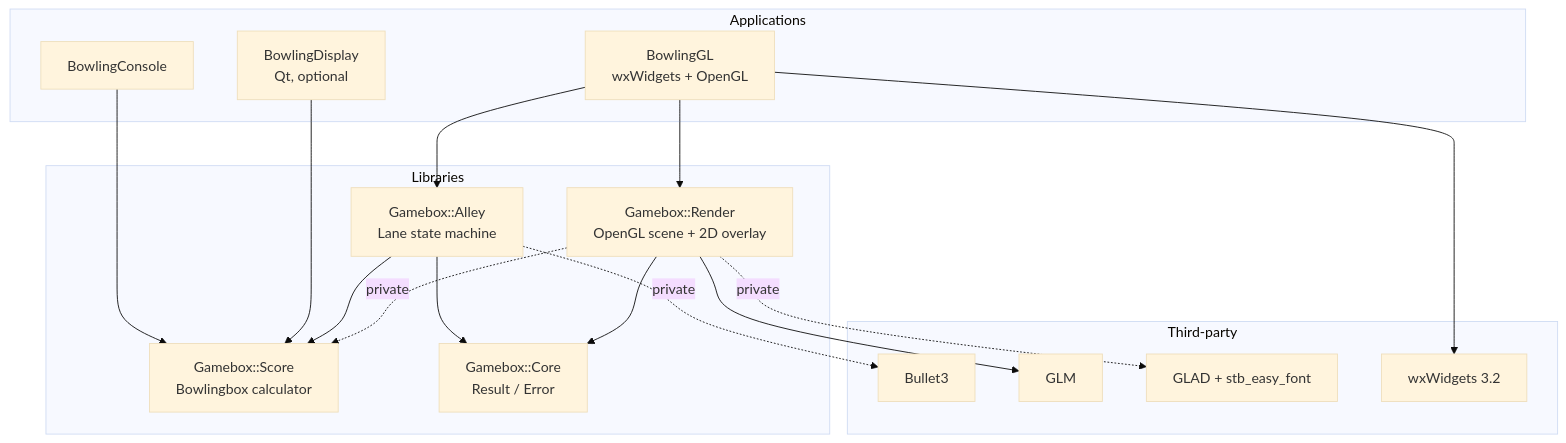
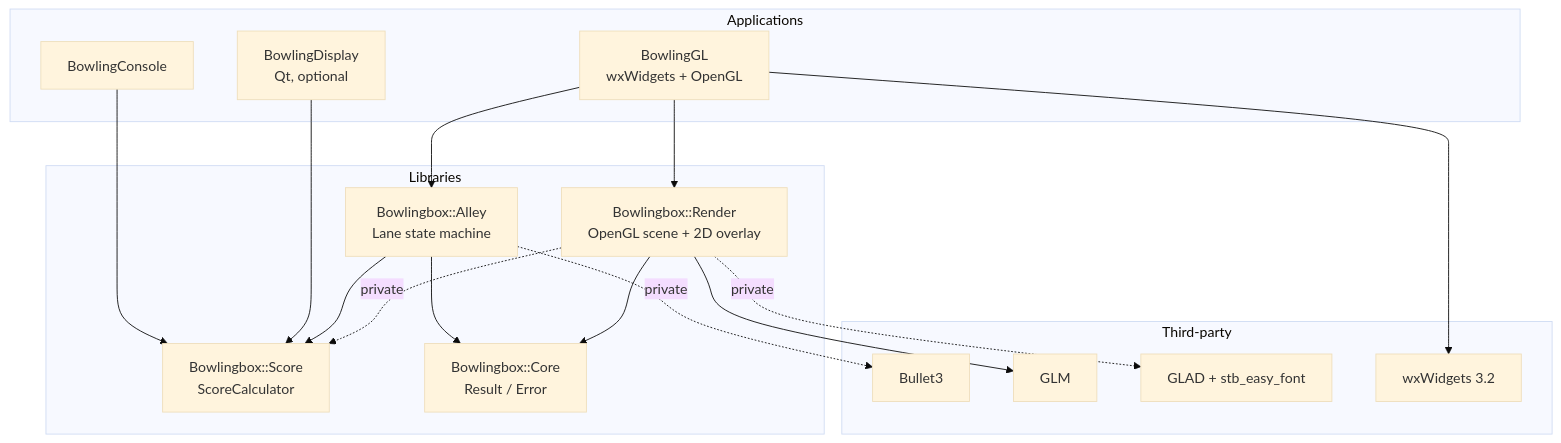
One commit to medaminben/Bowlingbox changed the first of 3 diagrams in docs/ARCHITECTURE.md. Above: the diagram before and after it, drawn with Mermaid (base theme). The commit also changed other lines of this file and 87 other files, not shown here.

First line of the commit message:
refactor: rename the project from Gamebox to Bowlingbox

````diff
--- a/docs/ARCHITECTURE.md
+++ b/docs/ARCHITECTURE.md
@@ -14,33 +14,33 @@
 ```mermaid
 graph TD
     subgraph Applications
         GL[BowlingGL<br/>wxWidgets + OpenGL]
         CON[BowlingConsole]
         QT[BowlingDisplay<br/>Qt, optional]
     end
     subgraph Libraries
-        ALLEY[Gamebox::Alley<br/>Lane state machine]
-        RENDER[Gamebox::Render<br/>OpenGL scene + 2D overlay]
-        SCORE[Gamebox::Score<br/>Bowlingbox calculator]
-        CORE[Gamebox::Core<br/>Result / Error]
+        ALLEY[Bowlingbox::Alley<br/>Lane state machine]
+        RENDER[Bowlingbox::Render<br/>OpenGL scene + 2D overlay]
+        SCORE[Bowlingbox::Score<br/>ScoreCalculator]
+        CORE[Bowlingbox::Core<br/>Result / Error]
     end
     subgraph Third-party
         BULLET[Bullet3]
         GLM[GLM]
         GLAD[GLAD + stb_easy_font]
         WX[wxWidgets 3.2]
     end
 
     GL --> ALLEY
     GL --> RENDER
     GL --> WX
     CON --> SCORE
     QT --> SCORE
     ALLEY --> SCORE
     ALLEY --> CORE
     ALLEY -. private .-> BULLET
     RENDER --> CORE
     RENDER --> GLM
     RENDER -. private .-> SCORE
     RENDER -. private .-> GLAD
 ```
````
